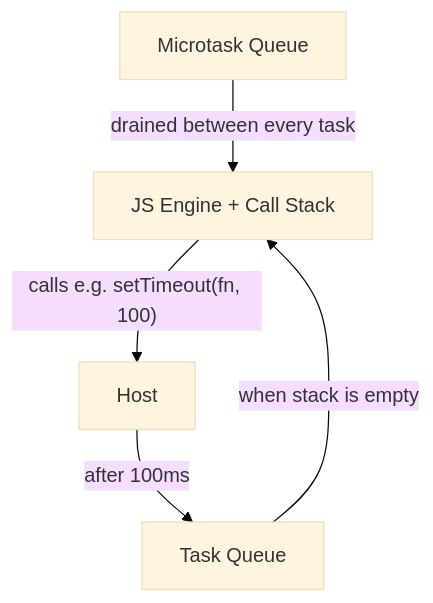
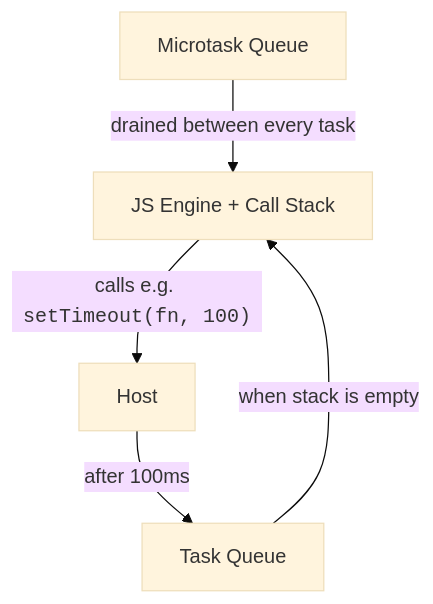
One commit to dataslope/dataslope changed the second of 3 diagrams in content/learn/beginners-javascript/how-javascript-runs.mdx. Above: the diagram before and after it, drawn with Mermaid (base theme). The commit also changed 46 other files, not shown here.

First line of the commit message:
Wrap code in mermaid edge labels + entity/table names in DB diagrams

````diff
--- a/content/learn/beginners-javascript/how-javascript-runs.mdx
+++ b/content/learn/beginners-javascript/how-javascript-runs.mdx
@@ -122,7 +122,7 @@
 ```mermaid
 flowchart TD
-    JS[JS Engine + Call Stack] -->|"calls e.g. setTimeout(fn, 100)"| HOST[Host]
+    JS[JS Engine + Call Stack] -->|"calls e.g. <code>setTimeout(fn, 100)</code>"| HOST[Host]
     HOST -->|after 100ms| Q[Task Queue]
     Q -->|when stack is empty| JS
     MQ[Microtask Queue] -->|drained between every task| JS
 ```
````
